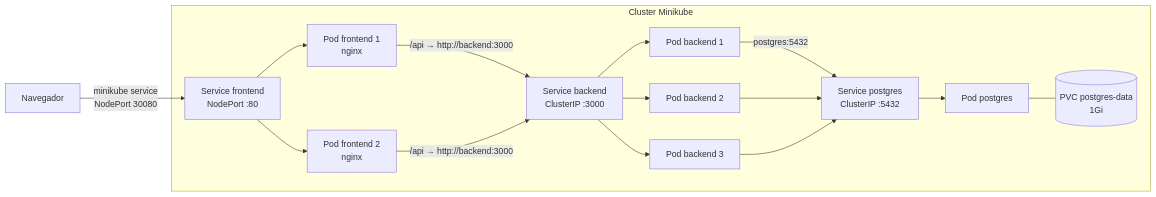
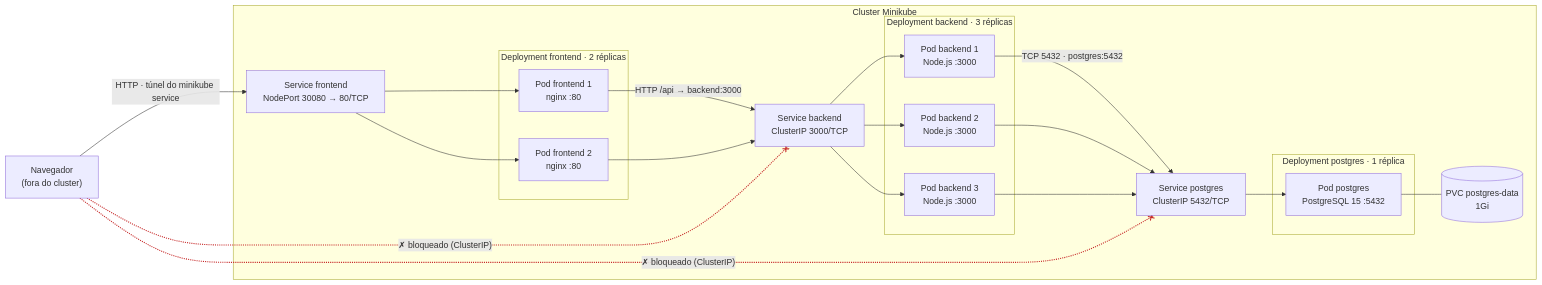
Before and after one commit to LuisCoradi/reserva-salas-k8s: the diagram in README.md, drawn with Mermaid. The commit also changed other lines of this file and 2 other files, not shown here.

Commit message:
docs: diagrama com fluxos bloqueados e ajuste no README

````diff
--- a/README.md
+++ b/README.md
@@ -11,23 +11,48 @@
 ```mermaid
 flowchart LR
-    U["Navegador"] -->|"minikube service<br/>NodePort 30080"| SF
+    U["Navegador<br/>(fora do cluster)"]
 
     subgraph K["Cluster Minikube"]
-        SF["Service frontend<br/>NodePort :80"] --> F1["Pod frontend 1<br/>nginx"]
-        SF --> F2["Pod frontend 2<br/>nginx"]
+        SF["Service frontend<br/>NodePort 30080 → 80/TCP"]
 
-        F1 -->|"/api → http://backend:3000"| SB
-        F2 -->|"/api → http://backend:3000"| SB
+        subgraph DF["Deployment frontend · 2 réplicas"]
+            F1["Pod frontend 1<br/>nginx :80"]
+            F2["Pod frontend 2<br/>nginx :80"]
+        end
 
-        SB["Service backend<br/>ClusterIP :3000"] --> B1["Pod backend 1"]
-        SB --> B2["Pod backend 2"]
-        SB --> B3["Pod backend 3"]
+        SB["Service backend<br/>ClusterIP 3000/TCP"]
 
-        B1 -->|"postgres:5432"| SP
-        B2 --> SP
-        B3 --> SP
+        subgraph DB["Deployment backend · 3 réplicas"]
+            B1["Pod backend 1<br/>Node.js :3000"]
+            B2["Pod backend 2<br/>Node.js :3000"]
+            B3["Pod backend 3<br/>Node.js :3000"]
+        end
 
-        SP["Service postgres<br/>ClusterIP :5432"] --> P["Pod postgres"]
-        P --- V[("PVC postgres-data<br/>1Gi")]
+        SP["Service postgres<br/>ClusterIP 5432/TCP"]
+
+        subgraph DP["Deployment postgres · 1 réplica"]
+            P["Pod postgres<br/>PostgreSQL 15 :5432"]
+        end
+
+        V[("PVC postgres-data<br/>1Gi")]
     end
+
+    U -->|"HTTP · túnel do minikube service"| SF
+    SF --> F1
+    SF --> F2
+    F1 -->|"HTTP /api → backend:3000"| SB
+    F2 --> SB
+    SB --> B1
+    SB --> B2
+    SB --> B3
+    B1 -->|"TCP 5432 · postgres:5432"| SP
+    B2 --> SP
+    B3 --> SP
+    SP --> P
+    P --- V
+
+    U -. "✗ bloqueado (ClusterIP)" .-x SB
+    U -. "✗ bloqueado (ClusterIP)" .-x SP
+
+    linkStyle 13,14 stroke:#c62828,stroke-width:2px;
 ```
````
